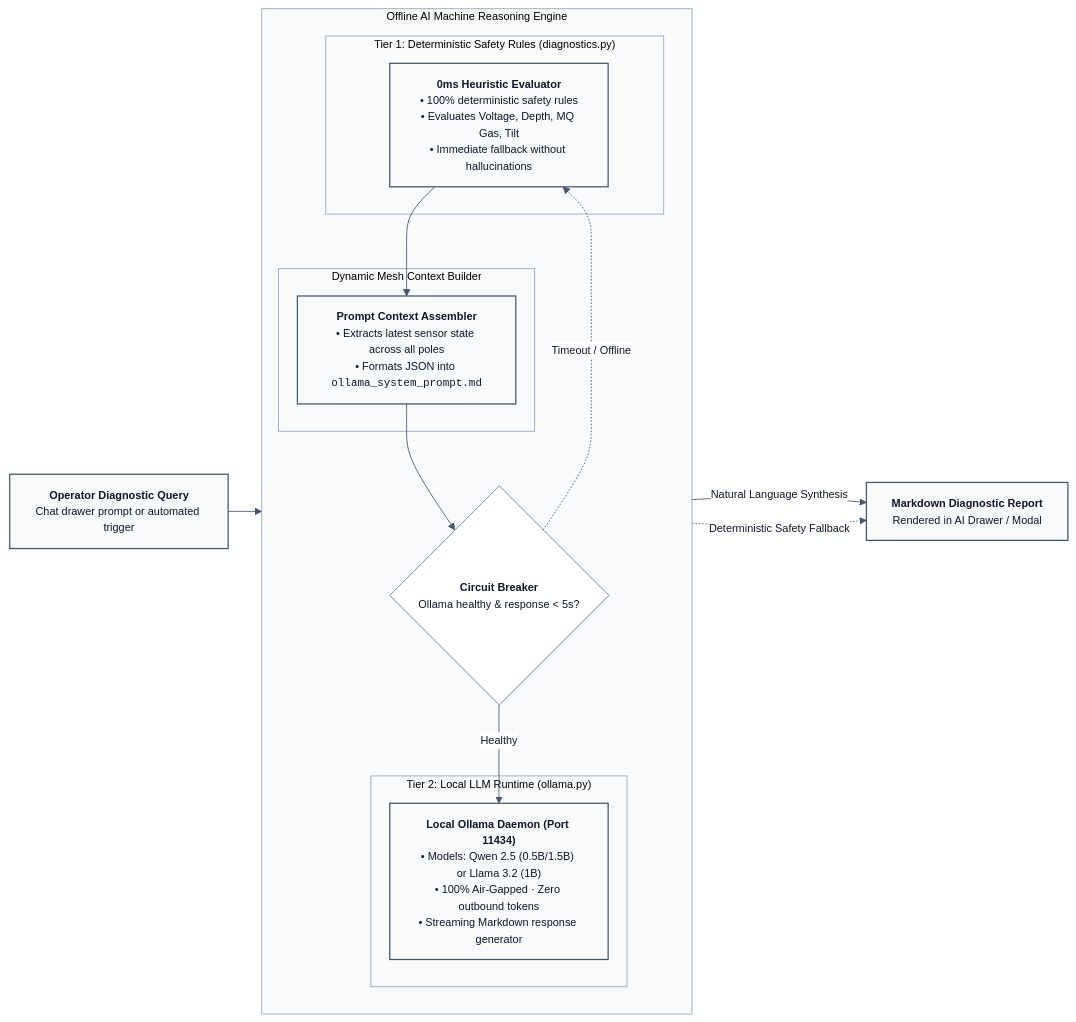
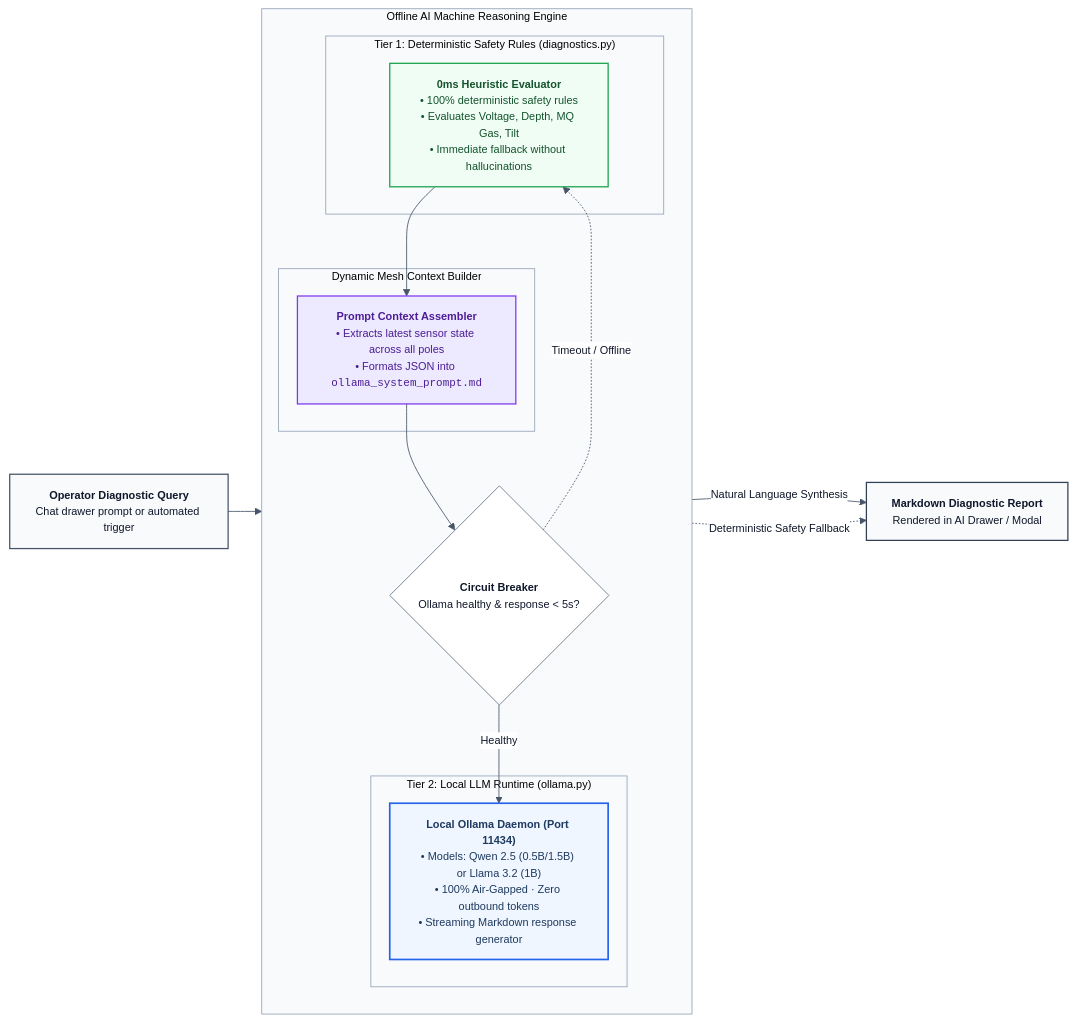
One commit to MadhavK3/niriksha changed the first of 2 diagrams in docs/07_AI_DIAGNOSTICS_ENGINE.md. Above: the diagram before and after it, drawn with Mermaid. The commit also changed other lines of this file and 10 other files, not shown here.

Commit message:
docs: overhaul architecture diagrams to semantic monochromatic Mermaid flowcharts

````diff
--- a/docs/07_AI_DIAGNOSTICS_ENGINE.md
+++ b/docs/07_AI_DIAGNOSTICS_ENGINE.md
@@ -11,52 +11,60 @@
 ```mermaid
 %%{init: {
   "theme": "base",
   "themeVariables": {
     "fontFamily": "Inter, Segoe UI, -apple-system, BlinkMacSystemFont, Roboto, sans-serif",
     "fontSize": "13px",
     "primaryColor": "#ffffff",
     "primaryBorderColor": "#64748b",
     "primaryTextColor": "#0f172a",
     "lineColor": "#475569",
     "clusterBkg": "#f8fafc",
     "clusterBorder": "#94a3b8"
   },
   "flowchart": { "curve": "basis", "htmlLabels": true, "nodeSpacing": 25, "rankSpacing": 40 }
 } }%%
 flowchart LR
     REQ["<b>Operator Diagnostic Query</b><br/>Chat drawer prompt or automated trigger"]
 
     subgraph AI_SUBSYSTEM["Offline AI Machine Reasoning Engine"]
         direction TB
         
         subgraph TIER1["Tier 1: Deterministic Safety Rules (diagnostics.py)"]
             R1["<b>0ms Heuristic Evaluator</b><br/>• 100% deterministic safety rules<br/>• Evaluates Voltage, Depth, MQ Gas, Tilt<br/>• Immediate fallback without hallucinations"]
         end
 
         subgraph INJECTOR["Dynamic Mesh Context Builder"]
             INJ["<b>Prompt Context Assembler</b><br/>• Extracts latest sensor state across all poles<br/>• Formats JSON into <code>ollama_system_prompt.md</code>"]
         end
 
         subgraph TIER2["Tier 2: Local LLM Runtime (ollama.py)"]
             OLL["<b>Local Ollama Daemon (Port 11434)</b><br/>• Models: Qwen 2.5 (0.5B/1.5B) or Llama 3.2 (1B)<br/>• 100% Air-Gapped · Zero outbound tokens<br/>• Streaming Markdown response generator"]
         end
 
         CB{"<b>Circuit Breaker</b><br/>Ollama healthy &amp; response &lt; 5s?"}
 
         R1 --> INJ
         INJ --> CB
         CB -->|"Healthy"| OLL
         CB -.->|"Timeout / Offline"| R1
     end
 
     REQ --> TIER1
 
     RESP["<b>Markdown Diagnostic Report</b><br/>Rendered in AI Drawer / Modal"]
     OLL -->|"Natural Language Synthesis"| RESP
     R1 -.->|"Deterministic Safety Fallback"| RESP
 
     classDef default fill:#ffffff,stroke:#64748b,stroke-width:1px,color:#0f172a;
-    classDef blueprint fill:#f8fafc,stroke:#475569,stroke-width:1.5px,color:#0f172a;
+    classDef nodeQuery fill:#f8fafc,stroke:#475569,stroke-width:1.5px,color:#0f172a;
+    classDef nodeHeuristic fill:#f0fdf4,stroke:#16a34a,stroke-width:1.5px,color:#14532d;
+    classDef nodePrompt fill:#ede9fe,stroke:#7c3aed,stroke-width:1.5px,color:#4c1d95;
+    classDef nodeOllama fill:#eff6ff,stroke:#2563eb,stroke-width:2px,color:#1e3a5f;
+    classDef nodeReport fill:#f8fafc,stroke:#334155,stroke-width:1.5px,color:#0f172a;
 
-    class REQ,R1,INJ,OLL,RESP blueprint;
+    class REQ nodeQuery;
+    class R1 nodeHeuristic;
+    class INJ nodePrompt;
+    class OLL nodeOllama;
+    class RESP nodeReport;
 ```
````
